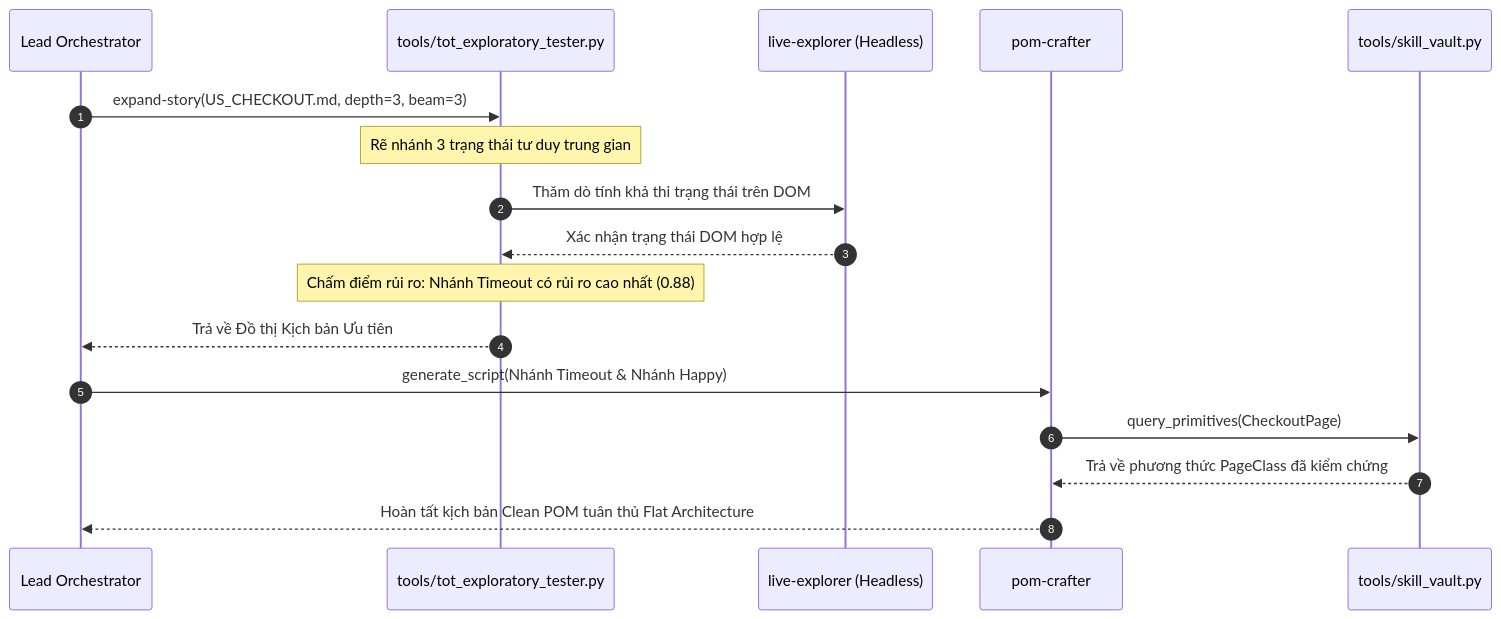
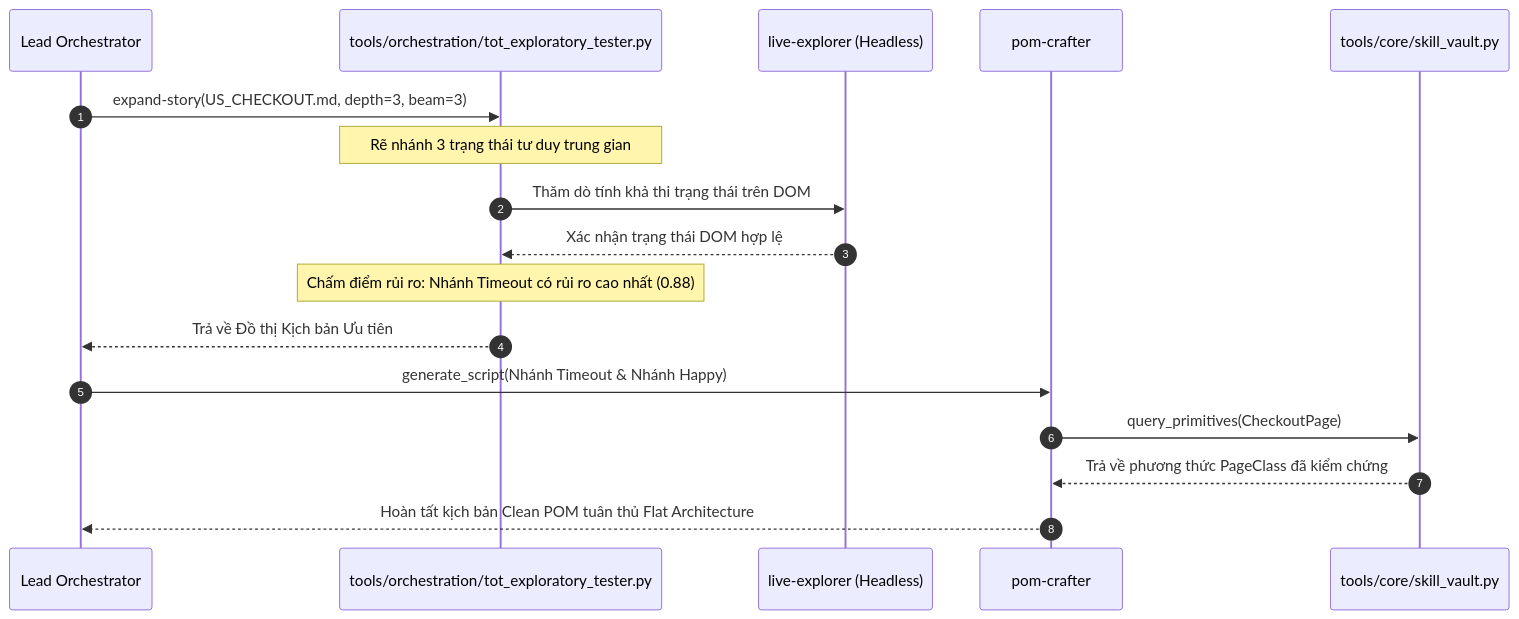
The sixth of 7 diagrams in docs/research/EXTERNAL_AGENT_SKILLS_SURVEY.md (TeeVee98/Synapse-Hub), drawn with Mermaid before and after one commit. The commit also changed other lines of this file and 118 other files, not shown here.

````diff
--- a/docs/research/EXTERNAL_AGENT_SKILLS_SURVEY.md
+++ b/docs/research/EXTERNAL_AGENT_SKILLS_SURVEY.md
@@ -919,20 +919,20 @@
 ```mermaid
 sequenceDiagram
     autonumber
     participant Orchestrator as Lead Orchestrator
-    participant ToT as tools/tot_exploratory_tester.py
+    participant ToT as tools/orchestration/tot_exploratory_tester.py
     participant Explorer as live-explorer (Headless)
     participant PomCrafter as pom-crafter
-    participant Vault as tools/skill_vault.py
+    participant Vault as tools/core/skill_vault.py
 
     Orchestrator->>ToT: expand-story(US_CHECKOUT.md, depth=3, beam=3)
     Note over ToT: Rẽ nhánh 3 trạng thái tư duy trung gian
     ToT->>Explorer: Thăm dò tính khả thi trạng thái trên DOM
     Explorer-->>ToT: Xác nhận trạng thái DOM hợp lệ
     Note over ToT: Chấm điểm rủi ro: Nhánh Timeout có rủi ro cao nhất (0.88)
     ToT-->>Orchestrator: Trả về Đồ thị Kịch bản Ưu tiên
     Orchestrator->>PomCrafter: generate_script(Nhánh Timeout & Nhánh Happy)
     PomCrafter->>Vault: query_primitives(CheckoutPage)
     Vault-->>PomCrafter: Trả về phương thức PageClass đã kiểm chứng
     PomCrafter-->>Orchestrator: Hoàn tất kịch bản Clean POM tuân thủ Flat Architecture
 ```
````
